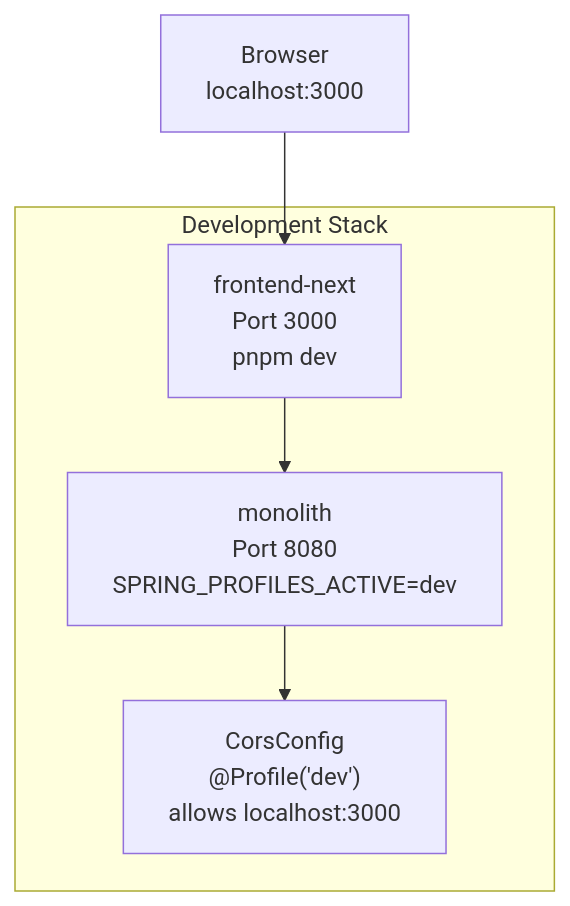
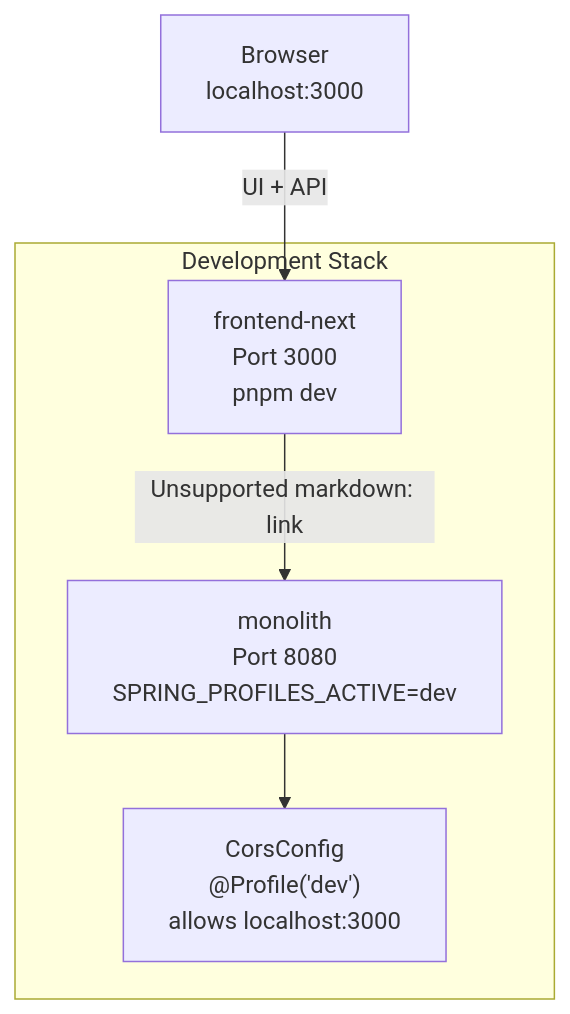
The fifth of 5 diagrams in docs/deepwiki/Frontend-Integration.md (philipz/spring-modular-monolith), drawn with Mermaid before and after one commit. The commit also changed other lines of this file and 55 other files, not shown here.

````diff
--- a/docs/deepwiki/Frontend-Integration.md
+++ b/docs/deepwiki/Frontend-Integration.md
@@ -312,18 +312,18 @@
 ```mermaid
 flowchart TD
 
 Browser["Browser<br>localhost:3000"]
 Frontend["frontend-next<br>Port 3000<br>pnpm dev"]
 Backend["monolith<br>Port 8080<br>SPRING_PROFILES_ACTIVE=dev"]
 CorsConfig["CorsConfig<br>@Profile('dev')<br>allows localhost:3000"]
 
-Browser --> Frontend
+Browser -->|"UI + API"| Frontend
 
 subgraph subGraph0 ["Development Stack"]
     Frontend
     Backend
     CorsConfig
-    Frontend --> Backend
+    Frontend -->|"Unsupported markdown: link"| Backend
     Backend --> CorsConfig
 end
 ```
````
